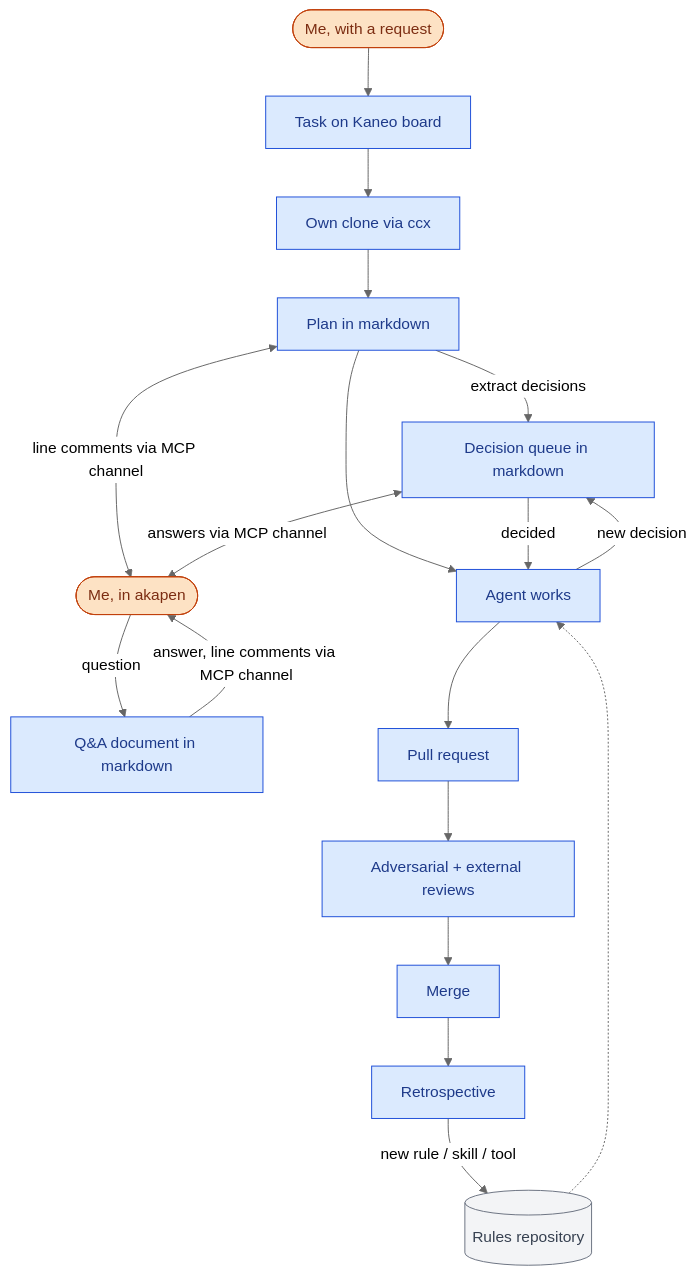
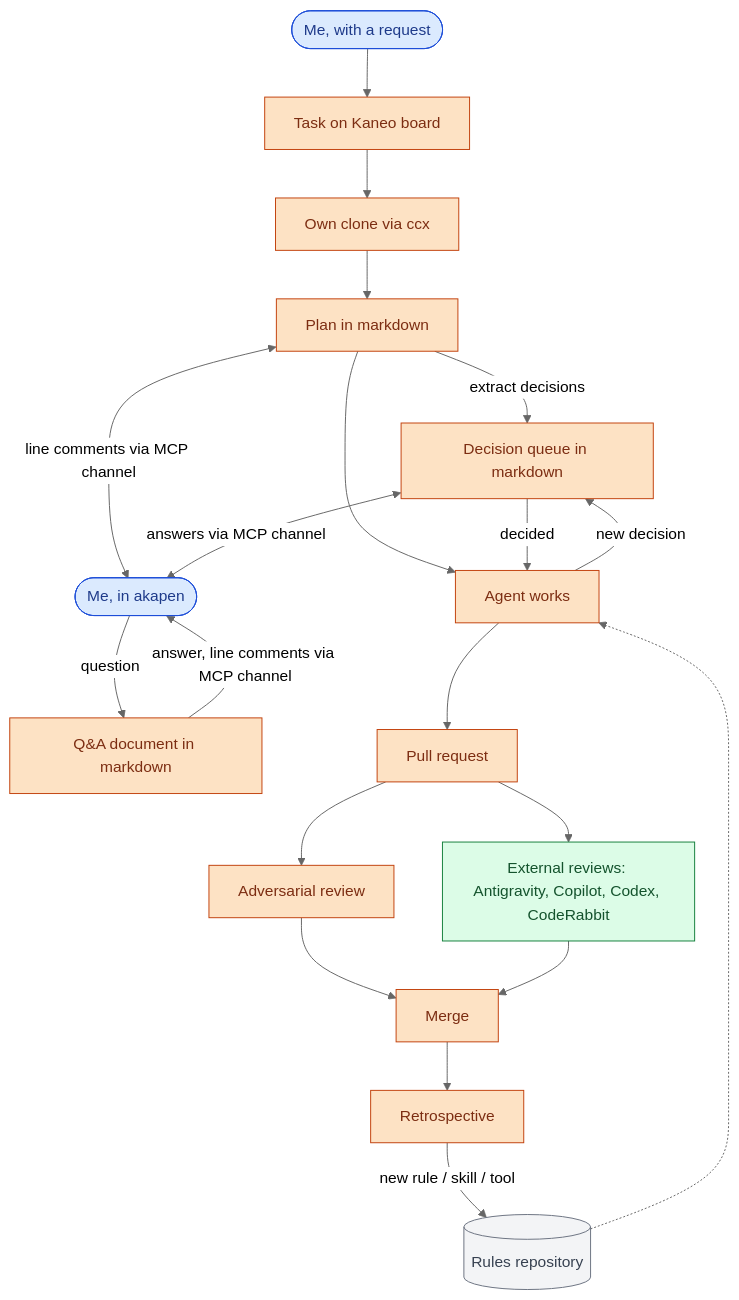
The diagram in src/pages/workflow.md (TakashiAihara/profile.takashiaihara.site), drawn with Mermaid (neutral theme) before and after one commit. The commit also changed other lines of this file, not shown here.

Commit message:
docs: color diagram by actor (me / Claude Code / other agents)
sid: WH5KIB
Claude-Session: https://claude.ai/code/session_01ToaAV7JAc6DQPwKjMsDghs

```diff
--- a/src/pages/workflow.md
+++ b/src/pages/workflow.md
@@ -12,26 +12,30 @@
 <pre class="mermaid">
 flowchart TD
   req([Me, with a request]) --> task[Task on Kaneo board]
   task --> clone[Own clone via ccx]
   clone --> plan[Plan in markdown]
   plan -->|extract decisions| queue[Decision queue in markdown]
   plan <-->|line comments via MCP channel| me([Me, in akapen])
   queue <-->|answers via MCP channel| me
   plan --> work[Agent works]
   queue -->|decided| work
   work -->|new decision| queue
   me -->|question| qa[Q&A document in markdown]
   qa -->|answer, line comments via MCP channel| me
   work --> pr[Pull request]
-  pr --> review[Adversarial + external reviews]
+  pr --> review[Adversarial review]
+  pr --> ext[External reviews: Antigravity, Copilot, Codex, CodeRabbit]
   review --> merge[Merge]
+  ext --> merge
   merge --> retro[Retrospective]
   retro -->|new rule / skill / tool| rules[(Rules repository)]
   rules -.-> work
-  classDef human fill:#fde2c4,stroke:#c2410c,color:#7c2d12
-  classDef agent fill:#dbeafe,stroke:#1d4ed8,color:#1e3a8a
+  classDef human fill:#dbeafe,stroke:#1d4ed8,color:#1e3a8a
+  classDef claude fill:#fde2c4,stroke:#c2410c,color:#7c2d12
+  classDef other fill:#dcfce7,stroke:#15803d,color:#14532d
   classDef store fill:#f3f4f6,stroke:#6b7280,color:#374151
   class req,me human
-  class task,clone,plan,work,queue,qa,pr,review,merge,retro agent
+  class task,clone,plan,work,queue,qa,pr,review,merge,retro claude
+  class ext other
   class rules store
 </pre>
```
